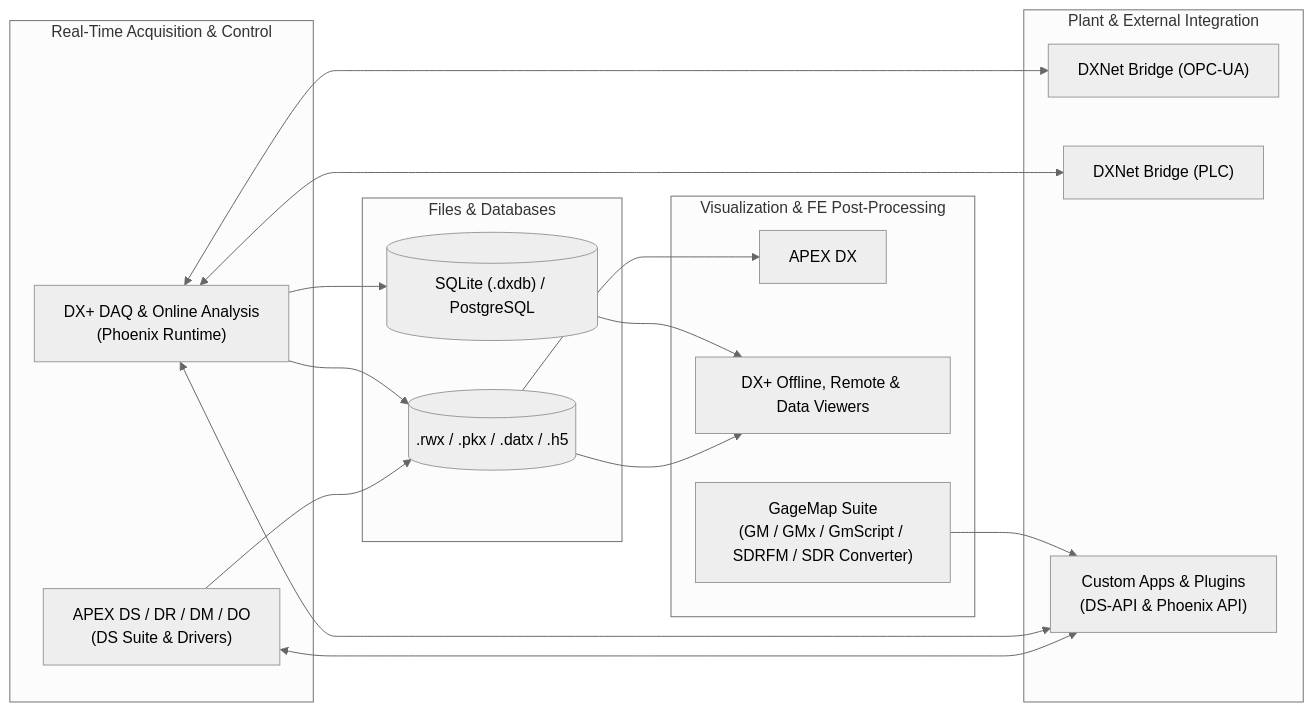
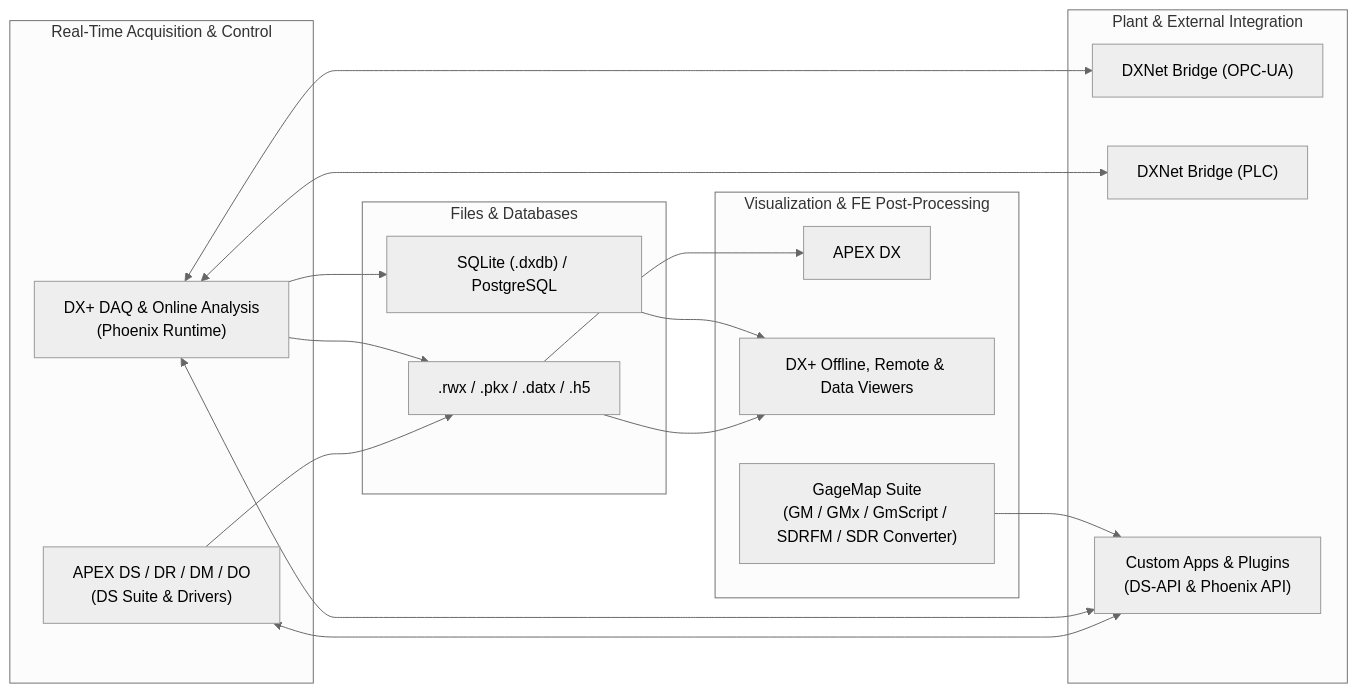
Before and after one commit to Apex-Turbine/ApexDocs: the diagram in README.md, drawn with Mermaid (neutral theme). The commit also changed other lines of this file and 53 other files, not shown here.

Commit message:
feat: apply DX+ dark theme, offline navigation, quick starts, APEX logos/branding, and PDF Mermaid rendering

````diff
--- a/README.md
+++ b/README.md
@@ -25,36 +13,36 @@
 ```mermaid
 flowchart LR
     subgraph Acq["Real-Time Acquisition & Control"]
-        DS["APEX DS / DR / DM / DO\n(DS Suite & Drivers)"]
-        DXP_DAQ["DX+ DAQ & Online Analysis\n(Phoenix Runtime)"]
+        DS["APEX DS / DR / DM / DO<br/>(DS Suite & Drivers)"]
+        DXP_DAQ["DX+ DAQ & Online Analysis<br/>(Phoenix Runtime)"]
     end
 
     subgraph Bridges["Plant & External Integration"]
         OPC["DXNet Bridge (OPC-UA)"]
         PLC["DXNet Bridge (PLC)"]
-        API["Custom Apps & Plugins\n(DS-API & Phoenix API)"]
+        API["Custom Apps & Plugins<br/>(DS-API & Phoenix API)"]
     end
 
     subgraph Storage["Files & Databases"]
-        FILES[(".rwx / .pkx / .datx / .h5")]
-        DB[("SQLite (.dxdb) / PostgreSQL")]
+        FILES[".rwx / .pkx / .datx / .h5"]
+        DB["SQLite (.dxdb) / PostgreSQL"]
     end
 
     subgraph Engineering["Visualization & FE Post-Processing"]
         DX["APEX DX"]
         VIEW["DX+ Offline, Remote & Data Viewers"]
-        GM["GageMap Suite\n(GM / GMx / GmScript / SDRFM / SDR Converter)"]
+        GM["GageMap Suite<br/>(GM / GMx / GmScript / SDRFM / SDR Converter)"]
     end
 
     DS --> FILES
     DS <--> API
     DXP_DAQ --> FILES
     DXP_DAQ --> DB
     DXP_DAQ <--> OPC
     DXP_DAQ <--> PLC
     DXP_DAQ <--> API
     FILES --> DX
     FILES --> VIEW
     DB --> VIEW
     GM --> API
 ```
````
